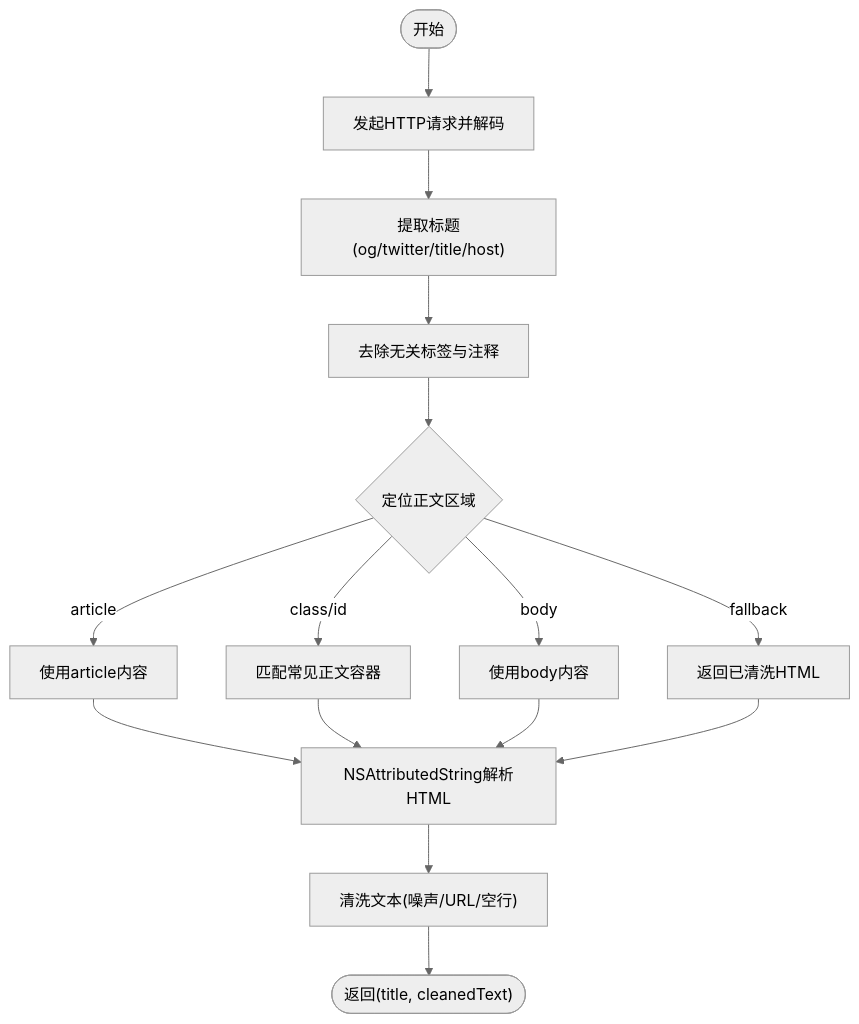
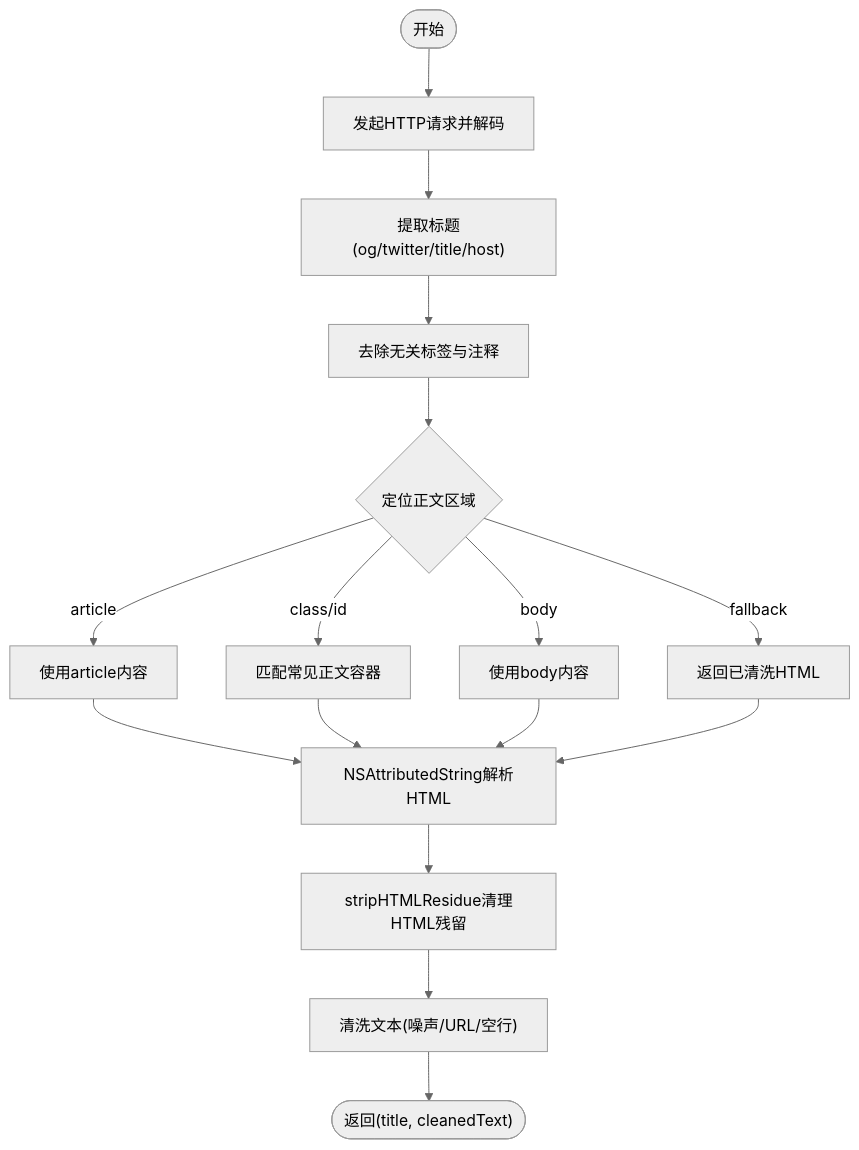
Before and after one commit to Primoguo/Knowledge: the fourth of 8 diagrams in .qoder/repowiki/zh/content/核心功能模块/文档处理系统.md, drawn with Mermaid (neutral theme). The commit also changed other lines of this file and 24 other files, not shown here.

````diff
--- a/.qoder/repowiki/zh/content/核心功能模块/文档处理系统.md
+++ b/.qoder/repowiki/zh/content/核心功能模块/文档处理系统.md
@@ -168,17 +186,18 @@
 ```mermaid
 flowchart TD
 Start(["开始"]) --> Fetch["发起HTTP请求并解码"]
 Fetch --> Title["提取标题(og/twitter/title/host)"]
 Title --> CleanPre["去除无关标签与注释"]
 CleanPre --> Locate{"定位正文区域"}
 Locate --> |article| UseArticle["使用article内容"]
 Locate --> |class/id| UseSelector["匹配常见正文容器"]
 Locate --> |body| UseBody["使用body内容"]
 Locate --> |fallback| Fallback["返回已清洗HTML"]
 UseArticle --> Parse["NSAttributedString解析HTML"]
 UseSelector --> Parse
 UseBody --> Parse
 Fallback --> Parse
-Parse --> Post["清洗文本(噪声/URL/空行)"]
+Parse --> Residue["stripHTMLResidue清理HTML残留"]
+Residue --> Post["清洗文本(噪声/URL/空行)"]
 Post --> End(["返回(title, cleanedText)"])
 ```
````
